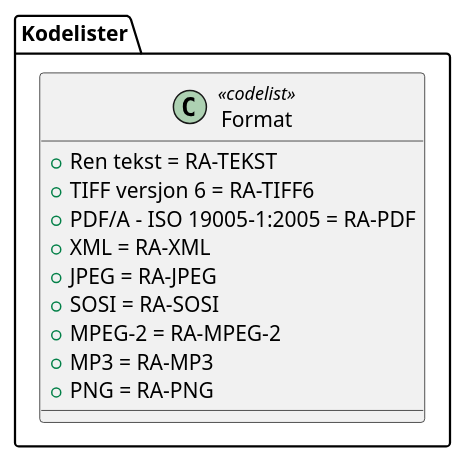
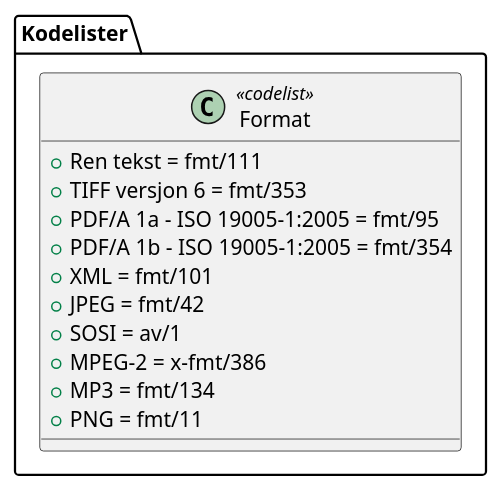
One commit to arkivverket/noark5-tjenestegrensesnitt-standard changed the diagram in kapitler/media/uml-codelist-format.iuml. Above: the diagram before and after it, drawn with PlantUML. The commit also changed 4 other files, not shown here.

```diff
--- a/kapitler/media/uml-codelist-format.iuml
+++ b/kapitler/media/uml-codelist-format.iuml
@@ -1,13 +1,14 @@
 @startuml
 class Kodelister.Format <<codelist>> {
-  +Ren tekst = RA-TEKST
-  +TIFF versjon 6 = RA-TIFF6
-  +PDF/A - ISO 19005-1:2005 = RA-PDF
-  +XML = RA-XML
-  +JPEG = RA-JPEG
-  +SOSI = RA-SOSI
-  +MPEG-2 = RA-MPEG-2
-  +MP3 = RA-MP3
-  +PNG = RA-PNG
+  +Ren tekst = fmt/111
+  +TIFF versjon 6 = fmt/353
+  +PDF/A 1a - ISO 19005-1:2005 = fmt/95
+  +PDF/A 1b - ISO 19005-1:2005 = fmt/354
+  +XML = fmt/101
+  +JPEG = fmt/42
+  +SOSI = av/1
+  +MPEG-2 = x-fmt/386
+  +MP3 = fmt/134
+  +PNG = fmt/11
 }
 @enduml
```
